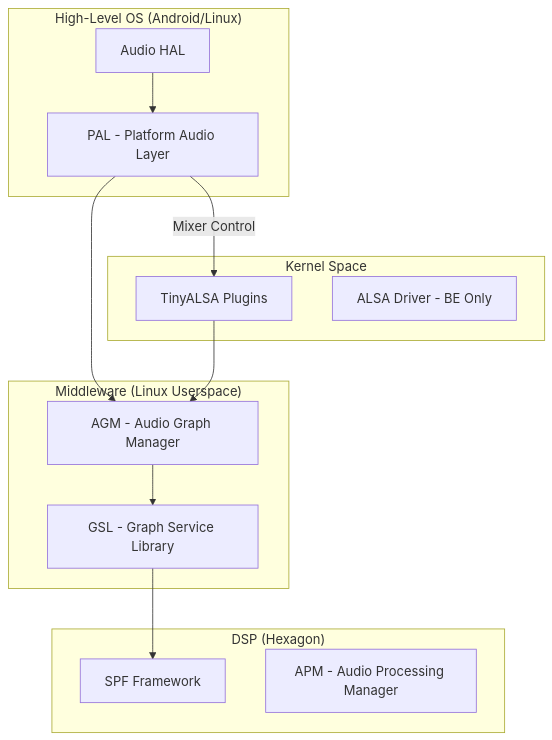
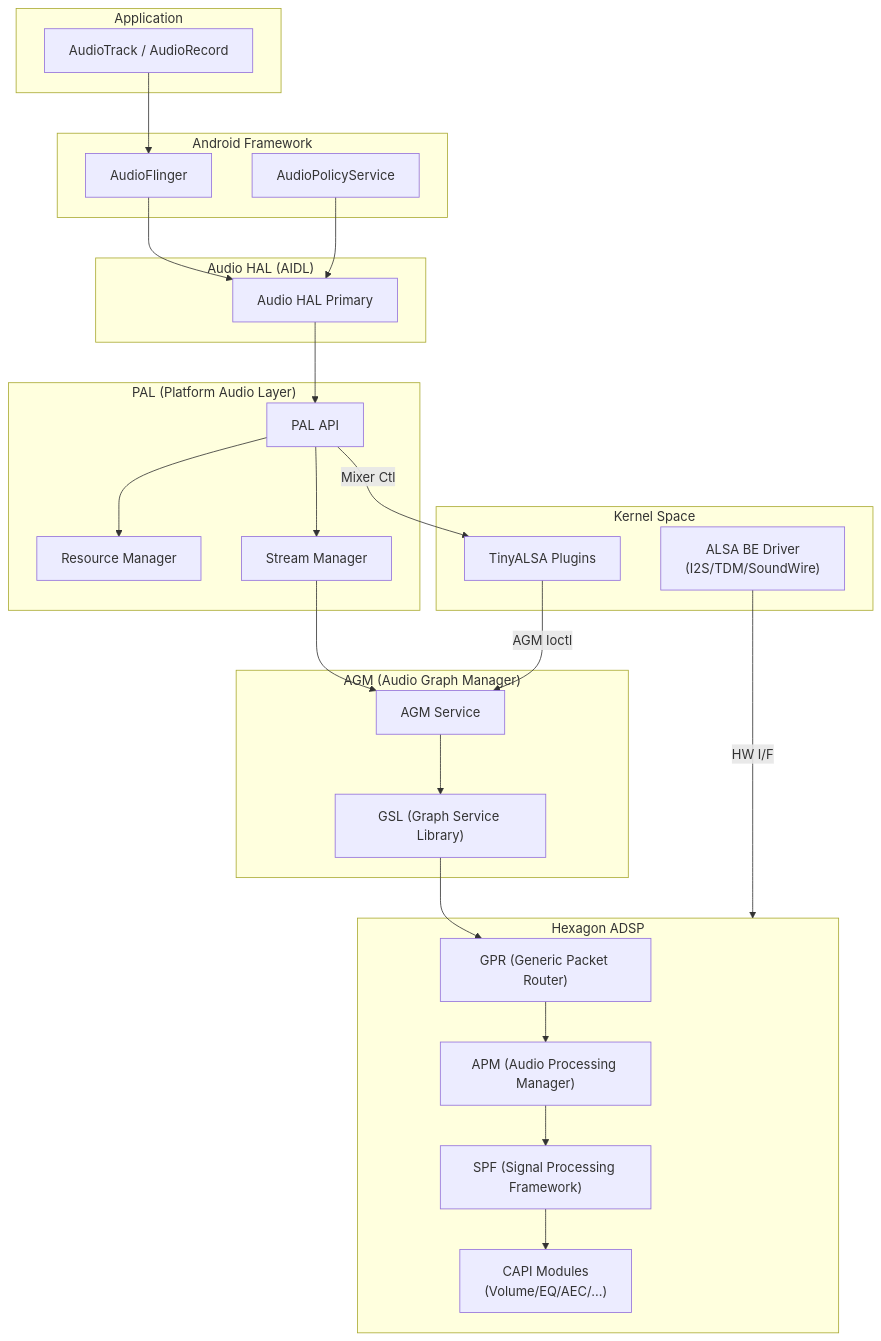
The first of 2 diagrams in 07-Qualcomm-Platform/01-AudioReach-Deep-Dive.md (Sunliming001/awesome-audio-knowledge), drawn with Mermaid before and after one commit. The commit also changed other lines of this file and 31 other files, not shown here.

````diff
--- a/07-Qualcomm-Platform/01-AudioReach-Deep-Dive.md
+++ b/07-Qualcomm-Platform/01-AudioReach-Deep-Dive.md
@@ -11,29 +36,55 @@
 ```mermaid
 graph TD
-    subgraph "High-Level OS (Android/Linux)"
-        HAL[Audio HAL]
-        PAL[PAL - Platform Audio Layer]
+    subgraph App ["Application"]
+        TRACK["AudioTrack / AudioRecord"]
     end
-
-    subgraph "Middleware (Linux Userspace)"
-        AGM[AGM - Audio Graph Manager]
-        GSL[GSL - Graph Service Library]
+    
+    subgraph Framework ["Android Framework"]
+        AF["AudioFlinger"]
+        APS["AudioPolicyService"]
     end
-
-    subgraph "Kernel Space"
-        TAP[TinyALSA Plugins]
-        ALSA[ALSA Driver - BE Only]
+    
+    subgraph HAL ["Audio HAL (AIDL)"]
+        AHAL["Audio HAL Primary"]
     end
-
-    subgraph "DSP (Hexagon)"
-        SPF[SPF Framework]
-        APM[APM - Audio Processing Manager]
+    
+    subgraph PAL_Layer ["PAL (Platform Audio Layer)"]
+        PAL["PAL API"]
+        RM["Resource Manager"]
+        STREAM["Stream Manager"]
     end
-
-    HAL --> PAL
-    PAL --> AGM
+    
+    subgraph AGM_Layer ["AGM (Audio Graph Manager)"]
+        AGM["AGM Service"]
+        GSL["GSL (Graph Service Library)"]
+    end
+    
+    subgraph Kernel ["Kernel Space"]
+        PLUGIN["TinyALSA Plugins"]
+        BE_DRV["ALSA BE Driver<br/>(I2S/TDM/SoundWire)"]
+    end
+    
+    subgraph DSP ["Hexagon ADSP"]
+        GPR["GPR (Generic Packet Router)"]
+        APM["APM (Audio Processing Manager)"]
+        SPF["SPF (Signal Processing Framework)"]
+        CAPI["CAPI Modules<br/>(Volume/EQ/AEC/...)"]
+    end
+    
+    TRACK --> AF
+    AF --> AHAL
+    APS --> AHAL
+    AHAL --> PAL
+    PAL --> RM
+    PAL --> STREAM
+    STREAM --> AGM
     AGM --> GSL
-    GSL --> SPF
-    PAL -- Mixer Control --> TAP
-    TAP --> AGM
+    GSL --> GPR
+    GPR --> APM
+    APM --> SPF
+    SPF --> CAPI
+    
+    PAL -->|"Mixer Ctl"| PLUGIN
+    PLUGIN -->|"AGM Ioctl"| AGM
+    BE_DRV -->|"HW I/F"| DSP
 ```
````
